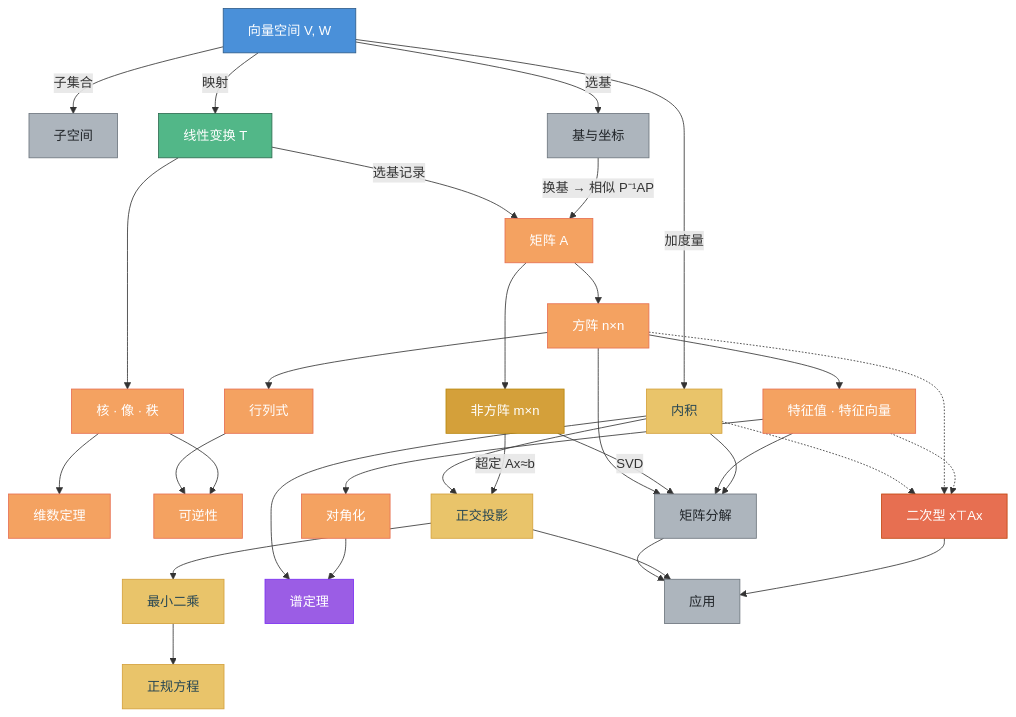
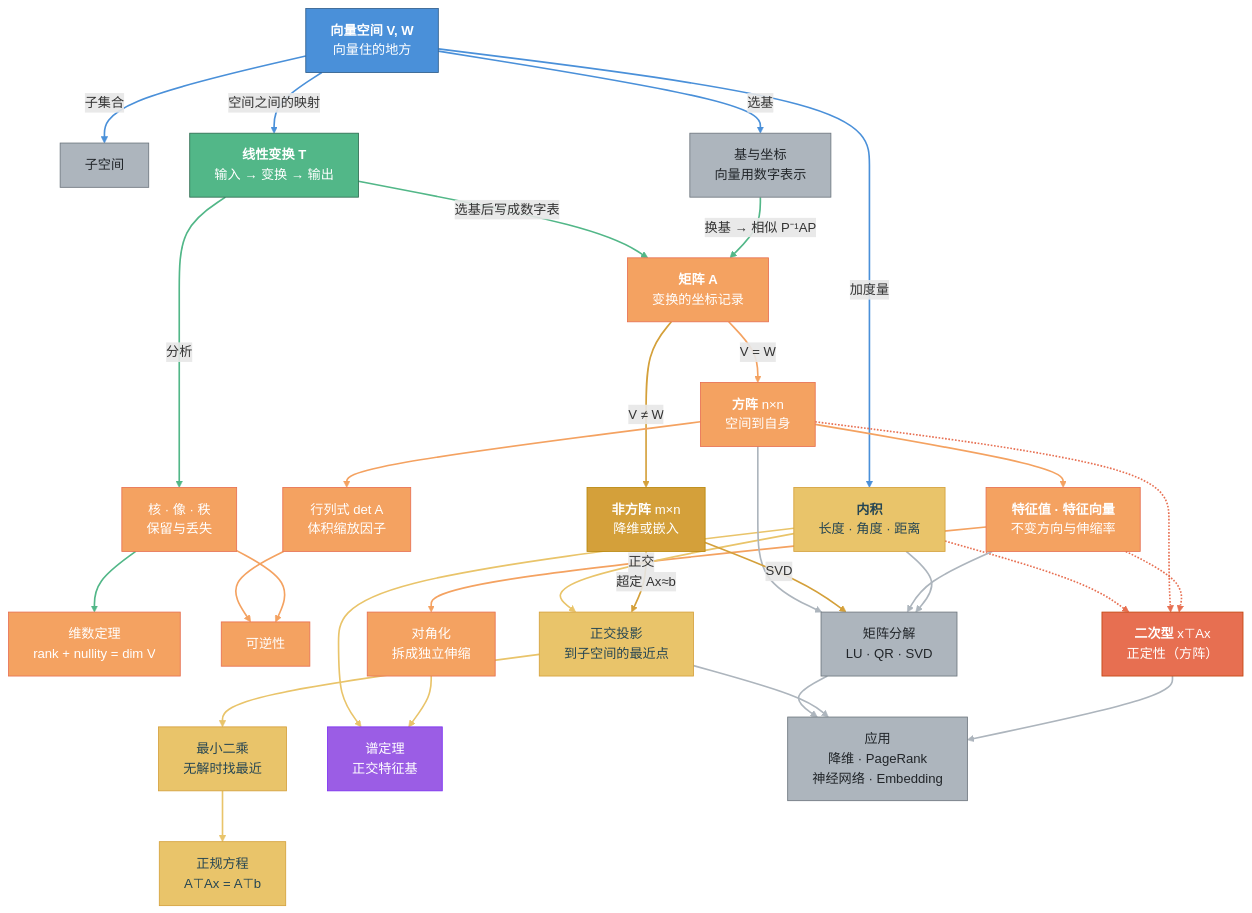
Before and after one commit to yang-fengju/linear-algebra-history-book: the second of 2 diagrams in book/ch19-全景.md, drawn with Mermaid. The commit also changed other lines of this file, not shown here.

Commit message:
feat: ch19 概念网络图全面重排版
- 恢复节点简要描述（每个节点1-2行，如"特征值·不变方向与伸缩率"）
- 连线分7种颜色：蓝=空间结构、绿=变换路径、橙=方阵分支、
  金=非方阵分支、黄=度量分支、红=交汇虚线、灰=分解与应用
- 节点先声明再连线，避免一行过长导致重叠
- 图下方加颜色图例说明

````diff
--- a/book/ch19-全景.md
+++ b/book/ch19-全景.md
@@ -317,51 +317,79 @@
 ```mermaid
 flowchart TD
     %% ===== 第一层：空间与结构 =====
-    VS["向量空间 V, W"] -->|子集合| Sub["子空间"]
-    VS -->|选基| Coord["基与坐标"]
-    VS -->|加度量| Inner["内积"]
-    VS -->|映射| LT["线性变换 T"]
+    VS["<b>向量空间 V, W</b><br/>向量住的地方"]
+    Sub["子空间"]
+    Coord["基与坐标<br/>向量用数字表示"]
+    Inner["<b>内积</b><br/>长度 · 角度 · 距离"]
+    LT["<b>线性变换 T</b><br/>输入 → 变换 → 输出"]
+
+    VS -->|子集合| Sub
+    VS -->|选基| Coord
+    VS -->|加度量| Inner
+    VS -->|空间之间的映射| LT
 
     %% ===== 第二层：变换的记录与分析 =====
-    LT -->|选基记录| Mat["矩阵 A"]
+    Mat["<b>矩阵 A</b><br/>变换的坐标记录"]
+    KIR["核 · 像 · 秩<br/>保留与丢失"]
+    DimThm["维数定理<br/>rank + nullity = dim V"]
+
+    LT -->|选基后写成数字表| Mat
     Coord -->|换基 → 相似 P⁻¹AP| Mat
-    LT --> KIR["核 · 像 · 秩"]
-    KIR --> DimThm["维数定理"]
+    LT -->|分析| KIR
+    KIR --> DimThm
 
     %% ===== 第三层：方阵 vs 非方阵 =====
-    Mat --> Sq["方阵 n×n"]
-    Mat --> NonSq["非方阵 m×n"]
+    Sq["<b>方阵</b> n×n<br/>空间到自身"]
+    NonSq["<b>非方阵</b> m×n<br/>降维或嵌入"]
+
+    Mat -->|V = W| Sq
+    Mat -->|V ≠ W| NonSq
 
     %% ===== 方阵分支 =====
-    Sq --> Det["行列式"]
-    Det --> Inv["可逆性"]
+    Det["行列式 det A<br/>体积缩放因子"]
+    Inv["可逆性"]
+    Eig["<b>特征值 · 特征向量</b><br/>不变方向与伸缩率"]
+    Diag["对角化<br/>拆成独立伸缩"]
+
+    Sq --> Det
+    Det --> Inv
     KIR --> Inv
-    Sq --> Eig["特征值 · 特征向量"]
-    Eig --> Diag["对角化"]
+    Sq --> Eig
+    Eig --> Diag
 
     %% ===== 度量分支 =====
-    Inner --> Proj["正交投影"]
+    Proj["正交投影<br/>到子空间的最近点"]
+    LS["最小二乘<br/>无解时找最近"]
+    Normal["正规方程<br/>A⊤Ax = A⊤b"]
+    Spectral["谱定理<br/>正交特征基"]
+
+    Inner -->|正交| Proj
     NonSq -->|超定 Ax≈b| Proj
-    Proj --> LS["最小二乘"]
-    LS --> Normal["正规方程"]
-    Inner --> Spectral["谱定理"]
+    Proj --> LS
+    LS --> Normal
+    Inner --> Spectral
     Diag --> Spectral
 
     %% ===== 交汇概念（虚线） =====
-    Inner -.-> Quad["二次型 x⊤Ax"]
+    Quad["<b>二次型</b> x⊤Ax<br/>正定性（方阵）"]
+
+    Inner -.-> Quad
     Sq -.-> Quad
     Eig -.-> Quad
 
     %% ===== 分解与应用 =====
-    Sq --> Decomp["矩阵分解"]
+    Decomp["矩阵分解<br/>LU · QR · SVD"]
+    App["应用<br/>降维 · PageRank<br/>神经网络 · Embedding"]
+
+    Sq --> Decomp
     NonSq -->|SVD| Decomp
     Eig --> Decomp
     Inner --> Decomp
-    Decomp --> App["应用"]
+    Decomp --> App
     Proj --> App
     Quad --> App
 
-    %% ===== 样式 =====
+    %% ===== 节点颜色 =====
     classDef stage fill:#4A90D9,stroke:#2E5C8A,color:#fff
     classDef action fill:#52B788,stroke:#2D6A4F,color:#fff
     classDef tool fill:#F4A261,stroke:#E76F51,color:#fff
@@ -379,4 +407,44 @@
     class Spectral spectral
     class Quad junction
     class Sub,Coord,Decomp,App app
+
+    %% ===== 连线颜色（按定义顺序编号） =====
+    %% 蓝色：空间结构（0-3）
+    linkStyle 0 stroke:#4A90D9,stroke-width:2px
+    linkStyle 1 stroke:#4A90D9,stroke-width:2px
+    linkStyle 2 stroke:#4A90D9,stroke-width:2px
+    linkStyle 3 stroke:#4A90D9,stroke-width:2px
+    %% 绿色：变换路径（4-7）
+    linkStyle 4 stroke:#52B788,stroke-width:2px
+    linkStyle 5 stroke:#52B788,stroke-width:2px
+    linkStyle 6 stroke:#52B788,stroke-width:2px
+    linkStyle 7 stroke:#52B788,stroke-width:2px
+    %% 橙色：方阵分支（8-9 分叉，10-14 方阵内部）
+    linkStyle 8 stroke:#F4A261,stroke-width:2px
+    linkStyle 10 stroke:#F4A261,stroke-width:2px
+    linkStyle 11 stroke:#F4A261,stroke-width:2px
+    linkStyle 12 stroke:#F4A261,stroke-width:2px
+    linkStyle 13 stroke:#F4A261,stroke-width:2px
+    linkStyle 14 stroke:#F4A261,stroke-width:2px
+    %% 金色：非方阵（9, 16, 25）
+    linkStyle 9 stroke:#D4A03A,stroke-width:2px
+    linkStyle 16 stroke:#D4A03A,stroke-width:2px
+    linkStyle 25 stroke:#D4A03A,stroke-width:2px
+    %% 黄色：度量分支（15, 17-20）
+    linkStyle 15 stroke:#E9C46A,stroke-width:2px
+    linkStyle 17 stroke:#E9C46A,stroke-width:2px
+    linkStyle 18 stroke:#E9C46A,stroke-width:2px
+    linkStyle 19 stroke:#E9C46A,stroke-width:2px
+    linkStyle 20 stroke:#E9C46A,stroke-width:2px
+    %% 红色：交汇虚线（21-23）
+    linkStyle 21 stroke:#E76F51,stroke-width:2px
+    linkStyle 22 stroke:#E76F51,stroke-width:2px
+    linkStyle 23 stroke:#E76F51,stroke-width:2px
+    %% 灰色：分解与应用（24, 26-30）
+    linkStyle 24 stroke:#ADB5BD,stroke-width:2px
+    linkStyle 26 stroke:#ADB5BD,stroke-width:2px
+    linkStyle 27 stroke:#ADB5BD,stroke-width:2px
+    linkStyle 28 stroke:#ADB5BD,stroke-width:2px
+    linkStyle 29 stroke:#ADB5BD,stroke-width:2px
+    linkStyle 30 stroke:#ADB5BD,stroke-width:2px
 ```
````
